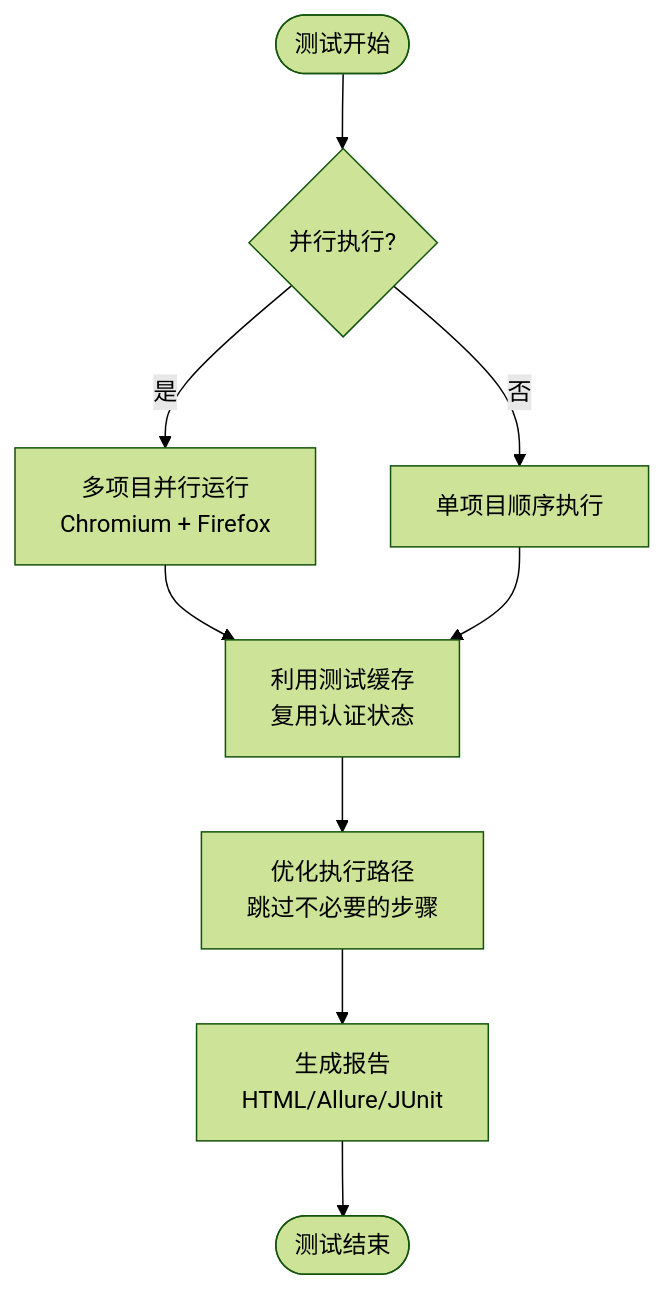
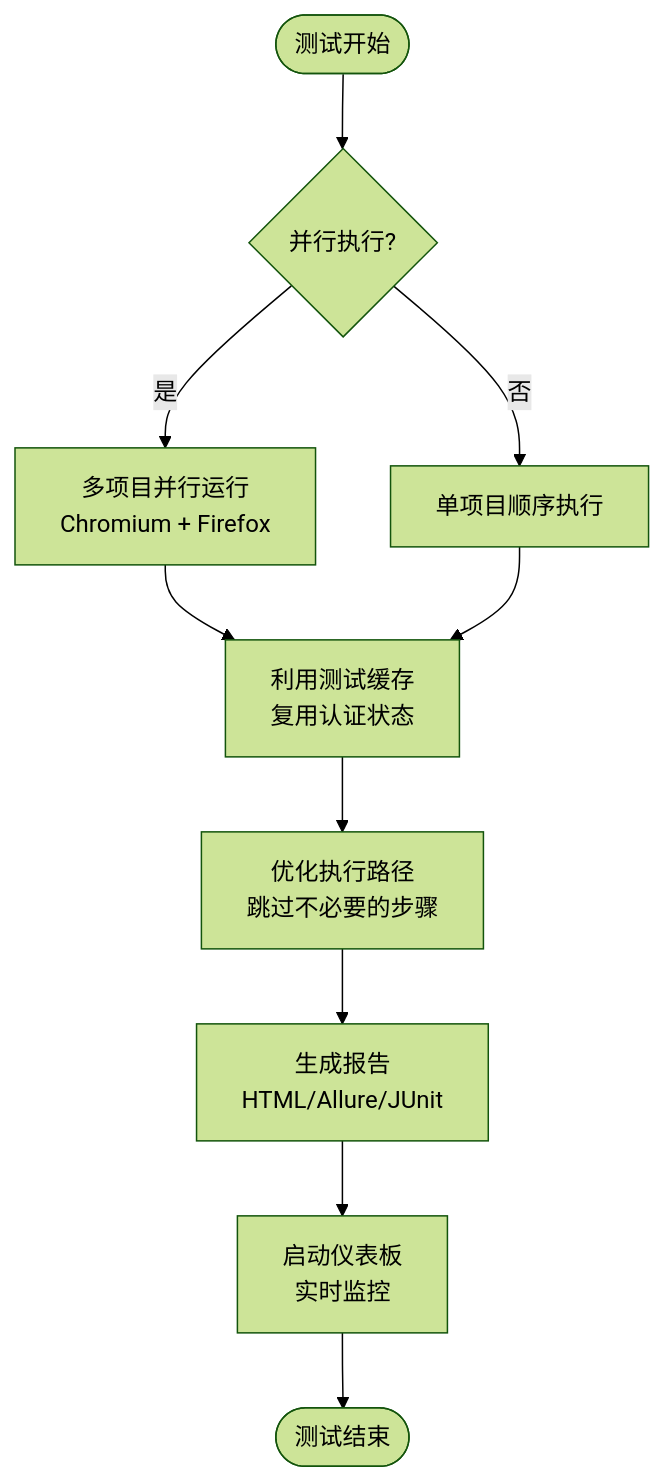
Diagram 14 of 14 in .qoder/repowiki/zh/content/测试框架配置/TypeScript配置.md (zzgoviziwind/--playwright), drawn with Mermaid (forest theme) before and after one commit. The commit also changed other lines of this file and 112 other files, not shown here.

````diff
--- a/.qoder/repowiki/zh/content/测试框架配置/TypeScript配置.md
+++ b/.qoder/repowiki/zh/content/测试框架配置/TypeScript配置.md
@@ -526,11 +731,12 @@
 ```mermaid
 flowchart TD
 START([测试开始]) --> PARALLEL{并行执行?}
 PARALLEL --> |是| MULTI[多项目并行运行<br/>Chromium + Firefox]
 PARALLEL --> |否| SINGLE[单项目顺序执行]
 MULTI --> CACHE[利用测试缓存<br/>复用认证状态]
 SINGLE --> CACHE
 CACHE --> OPTIMIZE[优化执行路径<br/>跳过不必要的步骤]
 OPTIMIZE --> REPORT[生成报告<br/>HTML/Allure/JUnit]
-REPORT --> END([测试结束])
+REPORT --> DASHBOARD[启动仪表板<br/>实时监控]
+DASHBOARD --> END([测试结束])
 ```
````
